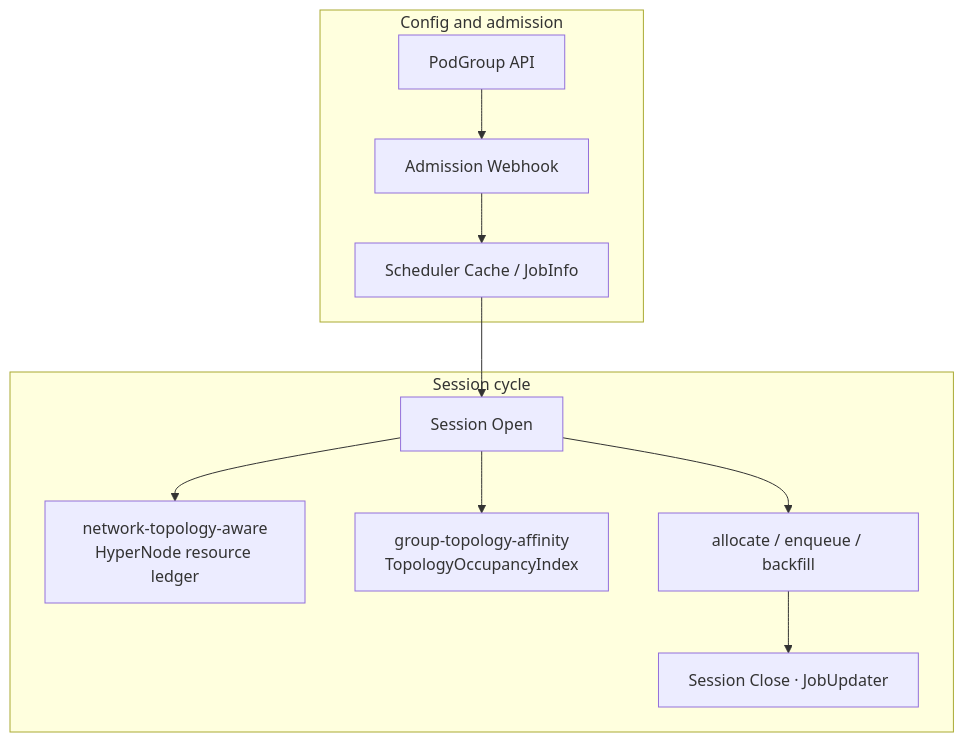
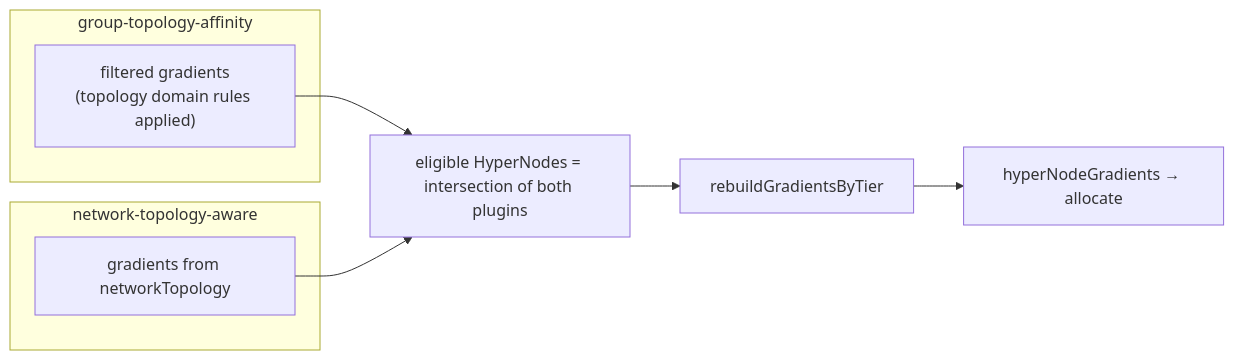
The fifth of 8 diagrams in docs/design/group-topology-affinity.md (volcano-sh/volcano), drawn with Mermaid before and after one commit. The commit also changed other lines of this file and 1 other file, not shown here.

First line of the commit message:
docs: refine group-topology-affinity design for formal review

````diff
--- a/docs/design/group-topology-affinity.md
+++ b/docs/design/group-topology-affinity.md
@@ -1908,19 +728,13 @@
 ```mermaid
-flowchart TB
-    subgraph config_admission [Config and admission]
-        podgroup_api[PodGroup API]
-        admission_webhook[Admission Webhook]
-        scheduler_cache[Scheduler Cache / JobInfo]
+flowchart LR
+    subgraph affinityPlugin["group-topology-affinity"]
+        G1["filtered gradients<br/>(topology domain rules applied)"]
     end
-    subgraph session_cycle [Session cycle]
-        session_open[Session Open]
-        network_topology_aware["network-topology-aware<br/>HyperNode resource ledger"]
-        group_topology_affinity["group-topology-affinity<br/>TopologyOccupancyIndex"]
-        scheduler_actions[allocate / enqueue / backfill]
-        session_close[Session Close · JobUpdater]
+    subgraph ntaPlugin["network-topology-aware"]
+        N1["gradients from networkTopology"]
     end
-    podgroup_api --> admission_webhook --> scheduler_cache --> session_open
-    session_open --> network_topology_aware
-    session_open --> group_topology_affinity
-    session_open --> scheduler_actions --> session_close
+    G1 --> AND["eligible HyperNodes = intersection of both plugins"]
+    N1 --> AND
+    AND --> REBUILD["rebuildGradientsByTier"]
+    REBUILD --> OUT["hyperNodeGradients → allocate"]
 ```
````
